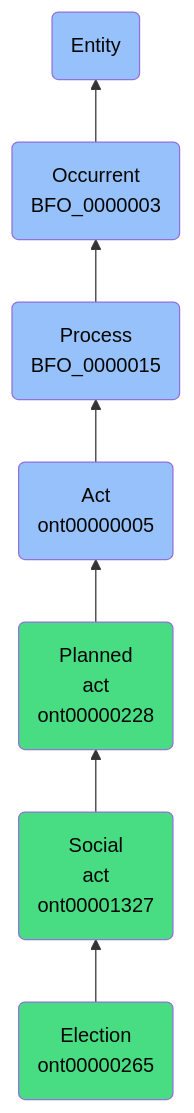
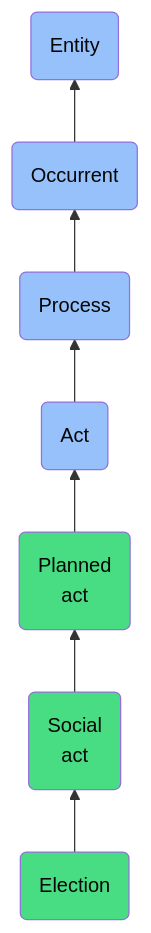
One commit to jupyter-naas/abi changed the diagram in docs/ontology/reference/model/Entity/Occurrent/Process/Act/Planned act/Social act/Election/Election.md. Above: the diagram before and after it, drawn with Mermaid. The commit also changed other lines of this file and 1430 other files, not shown here.

````diff
--- a/docs/ontology/reference/model/Entity/Occurrent/Process/Act/Planned act/Social act/Election/Election.md
+++ b/docs/ontology/reference/model/Entity/Occurrent/Process/Act/Planned act/Social act/Election/Election.md
@@ -24,14 +24,14 @@
 ```mermaid
 graph BT
-    ont00000265(Election<br>ont00000265):::ABI-->ont00001327
-    ont00001327(Social<br>act<br>ont00001327):::ABI-->ont00000228
-    ont00000228(Planned<br>act<br>ont00000228):::ABI-->ont00000005
-    ont00000005(Act<br>ont00000005):::BFO-->BFO_0000015
-    BFO_0000015(Process<br>BFO_0000015):::BFO-->BFO_0000003
-    BFO_0000003(Occurrent<br>BFO_0000003):::BFO-->BFO_0000001
+    ont00000265(Election):::ABI-->ont00001327
+    ont00001327(Social<br>act):::ABI-->ont00000228
+    ont00000228(Planned<br>act):::ABI-->ont00000005
+    ont00000005(Act):::BFO-->BFO_0000015
+    BFO_0000015(Process):::BFO-->BFO_0000003
+    BFO_0000003(Occurrent):::BFO-->BFO_0000001
     BFO_0000001(Entity):::BFO
     
     classDef BFO fill:#97c1fb,color:#060606
     classDef CCO fill:#e4c51e,color:#060606
     classDef ABI fill:#48DD82,color:#060606
 ```
````
